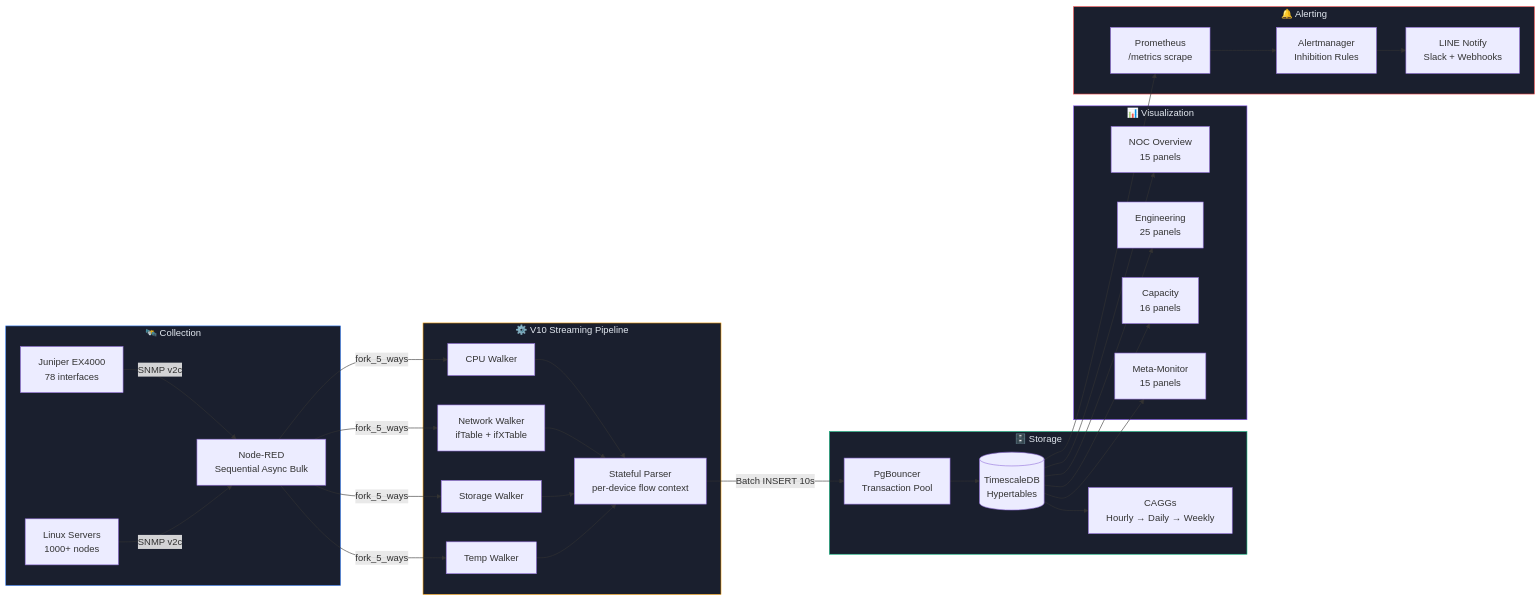
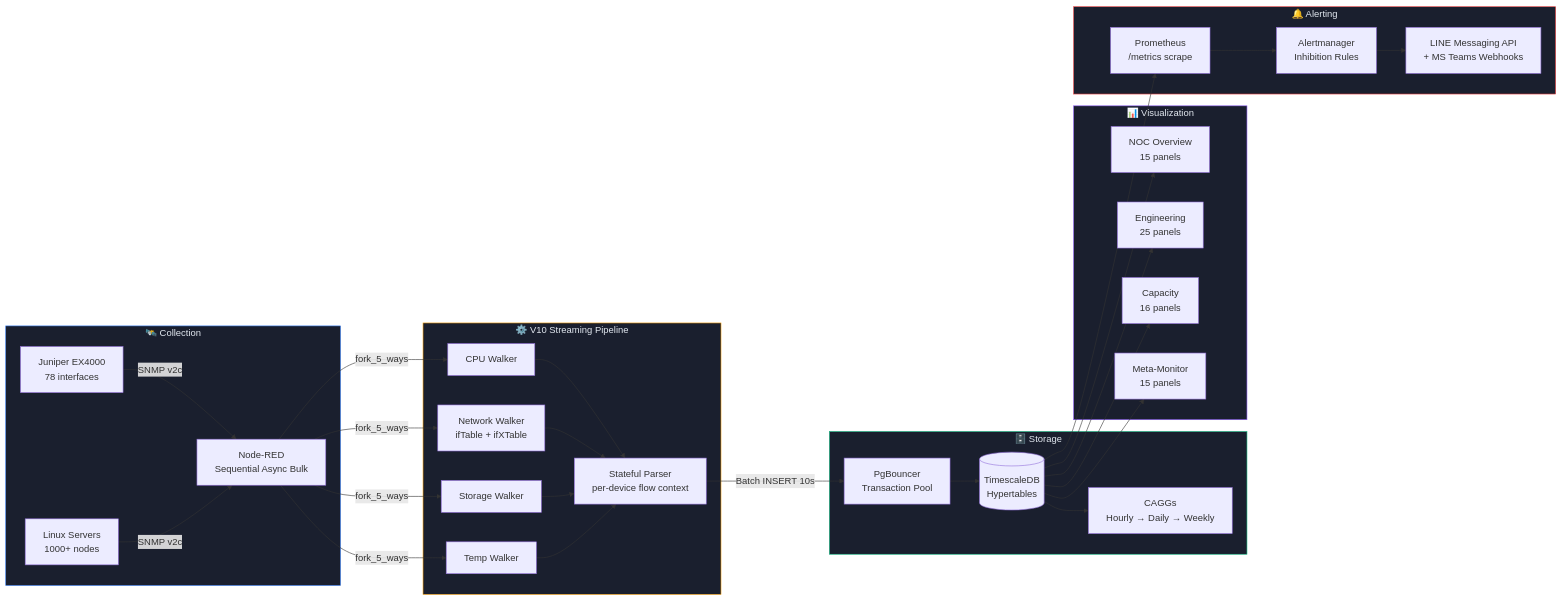
One commit to PATTANAKORN025/IMS changed the diagram in README.md. Above: the diagram before and after it, drawn with Mermaid. The commit also changed other lines of this file and 3 other files, not shown here.

````diff
--- a/README.md
+++ b/README.md
@@ -100,43 +100,43 @@
 ```mermaid
 flowchart LR
     subgraph Collection ["🛰️ Collection"]
         J[Juniper EX4000\n78 interfaces] -->|SNMP v2c| W[Node-RED\nSequential Async Bulk]
         S[Linux Servers\n1000+ nodes] -->|SNMP v2c| W
     end
 
     subgraph Processing ["⚙️ V10 Streaming Pipeline"]
         W -->|fork_5_ways| CPU[CPU Walker]
         W -->|fork_5_ways| NET[Network Walker\nifTable + ifXTable]
         W -->|fork_5_ways| STO[Storage Walker]
         W -->|fork_5_ways| TMP[Temp Walker]
         CPU --> P[Stateful Parser\nper-device flow context]
         NET --> P
         STO --> P
         TMP --> P
     end
 
     subgraph Storage ["🗄️ Storage"]
         P -->|Batch INSERT 10s| B[PgBouncer\nTransaction Pool]
         B --> T[(TimescaleDB\nHypertables)]
         T --> CAGG[CAGGs\nHourly → Daily → Weekly]
     end
 
     subgraph Visualization ["📊 Visualization"]
         T --> G1[NOC Overview\n15 panels]
         T --> G2[Engineering\n25 panels]
         T --> G3[Capacity\n16 panels]
         T --> G4[Meta-Monitor\n15 panels]
     end
 
     subgraph Alerting ["🔔 Alerting"]
         T --> PR[Prometheus\n/metrics scrape]
         PR --> AM[Alertmanager\nInhibition Rules]
-        AM --> WEB[LINE Notify\nSlack + Webhooks]
+        AM --> WEB[LINE Messaging API\n+ MS Teams Webhooks]
     end
 
     style Collection fill:#1a1f2e,stroke:#3B82F6,color:#e2e8f0
     style Processing fill:#1a1f2e,stroke:#F59E0B,color:#e2e8f0
     style Storage fill:#1a1f2e,stroke:#10B981,color:#e2e8f0
     style Visualization fill:#1a1f2e,stroke:#8B5CF6,color:#e2e8f0
     style Alerting fill:#1a1f2e,stroke:#EF4444,color:#e2e8f0
 ```
````
